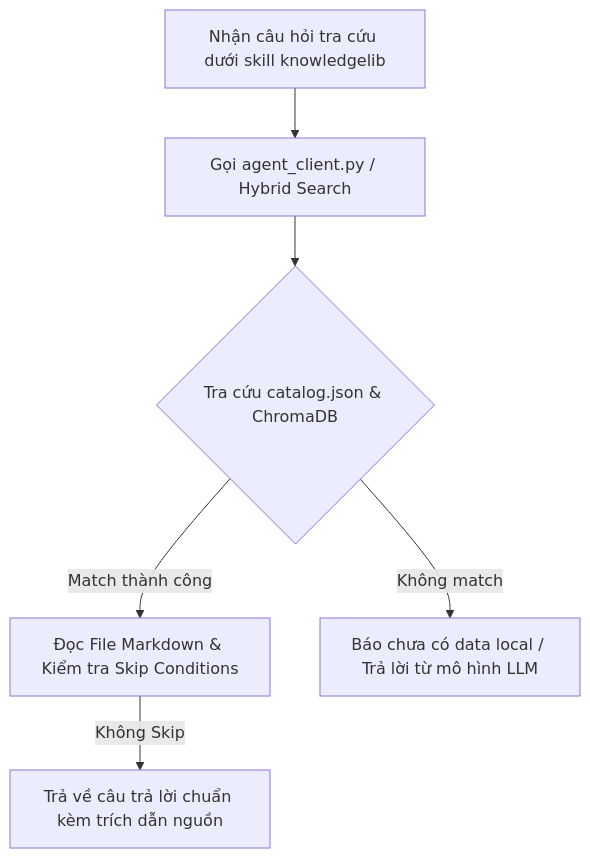
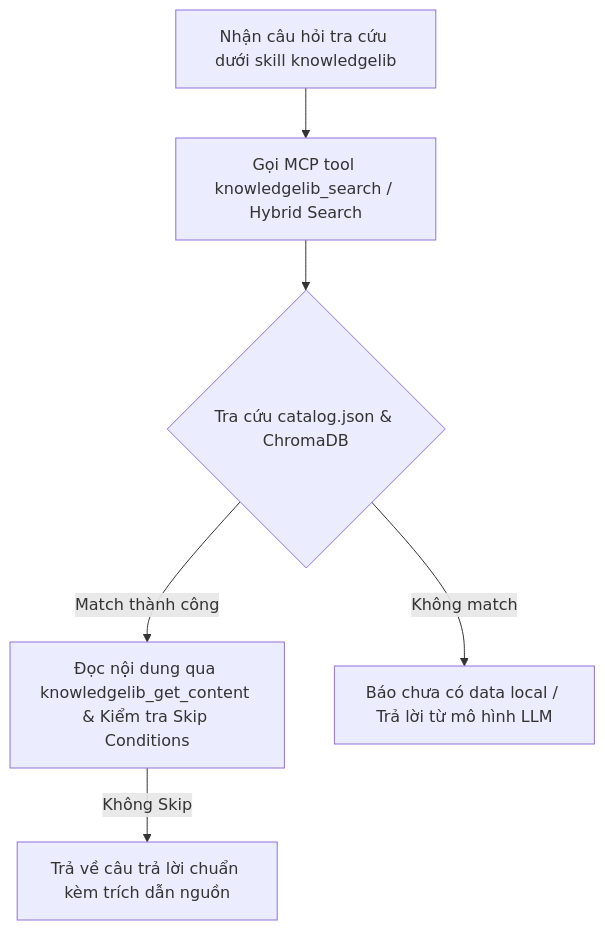
Before and after one commit to houyen/knowledgelib: the diagram in SKILL.md, drawn with Mermaid. The commit also changed other lines of this file and 6 other files, not shown here.

````diff
--- a/SKILL.md
+++ b/SKILL.md
@@ -30,8 +30,8 @@
 ```mermaid
 flowchart TD
-    A[Nhận câu hỏi tra cứu dưới skill knowledgelib] --> B[Gọi agent_client.py / Hybrid Search]
+    A[Nhận câu hỏi tra cứu dưới skill knowledgelib] --> B[Gọi MCP tool knowledgelib_search / Hybrid Search]
     B --> C{Tra cứu catalog.json & ChromaDB}
-    C -- Match thành công --> D[Đọc File Markdown & Kiểm tra Skip Conditions]
+    C -- Match thành công --> D[Đọc nội dung qua knowledgelib_get_content & Kiểm tra Skip Conditions]
     D -- Không Skip --> E[Trả về câu trả lời chuẩn kèm trích dẫn nguồn]
     C -- Không match --> F[Báo chưa có data local / Trả lời từ mô hình LLM]
 ```
````
